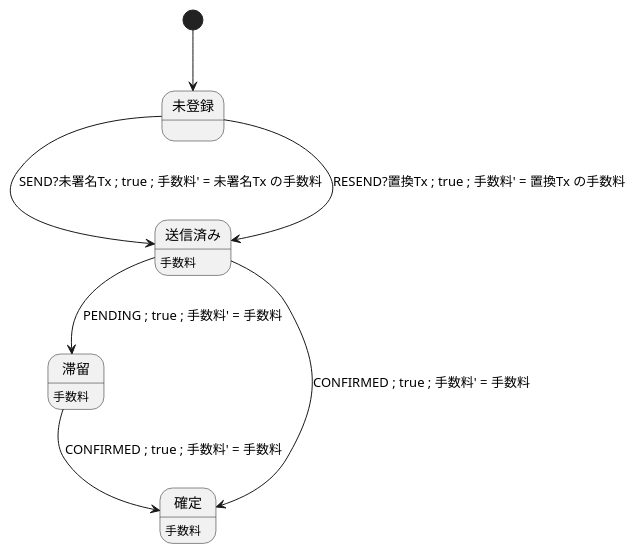
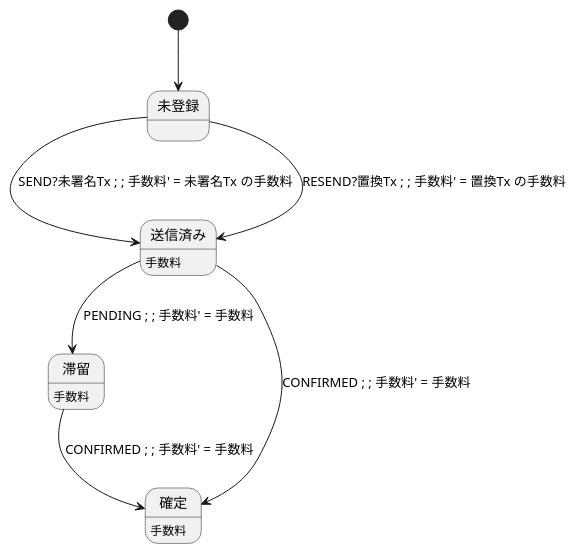
Before and after one commit to Kuniwak/puml-parallel: the diagram in examples/promote/local/ATTEMPT.puml, drawn with PlantUML. The commit also changed 65 other files, not shown here.

```diff
--- a/examples/promote/local/ATTEMPT.puml
+++ b/examples/promote/local/ATTEMPT.puml
@@ -1,20 +1,20 @@
 @startuml ATTEMPT
 ' One transaction attempt. A stuck attempt is replaced by a new one that pays a
 ' higher fee, so the family can grow without bound; whether it stops is not a
 ' property of any one step, which is why the global diagram states it as an
 ' assumption rather than a constrain.
 state "未登録" as attNone
 state "送信済み" as attSent
 attSent : 手数料
 state "滞留" as attStuck
 attStuck : 手数料
 state "確定" as attConfirmed
 attConfirmed : 手数料
 
 [*] --> attNone
-attNone --> attSent : SEND?未署名Tx ; true ; 手数料' = 未署名Tx の手数料
-attNone --> attSent : RESEND?置換Tx ; true ; 手数料' = 置換Tx の手数料
-attSent --> attStuck : PENDING ; true ; 手数料' = 手数料
-attSent --> attConfirmed : CONFIRMED ; true ; 手数料' = 手数料
-attStuck --> attConfirmed : CONFIRMED ; true ; 手数料' = 手数料
+attNone --> attSent : SEND?未署名Tx ; ; 手数料' = 未署名Tx の手数料
+attNone --> attSent : RESEND?置換Tx ; ; 手数料' = 置換Tx の手数料
+attSent --> attStuck : PENDING ; ; 手数料' = 手数料
+attSent --> attConfirmed : CONFIRMED ; ; 手数料' = 手数料
+attStuck --> attConfirmed : CONFIRMED ; ; 手数料' = 手数料
 @enduml
```
